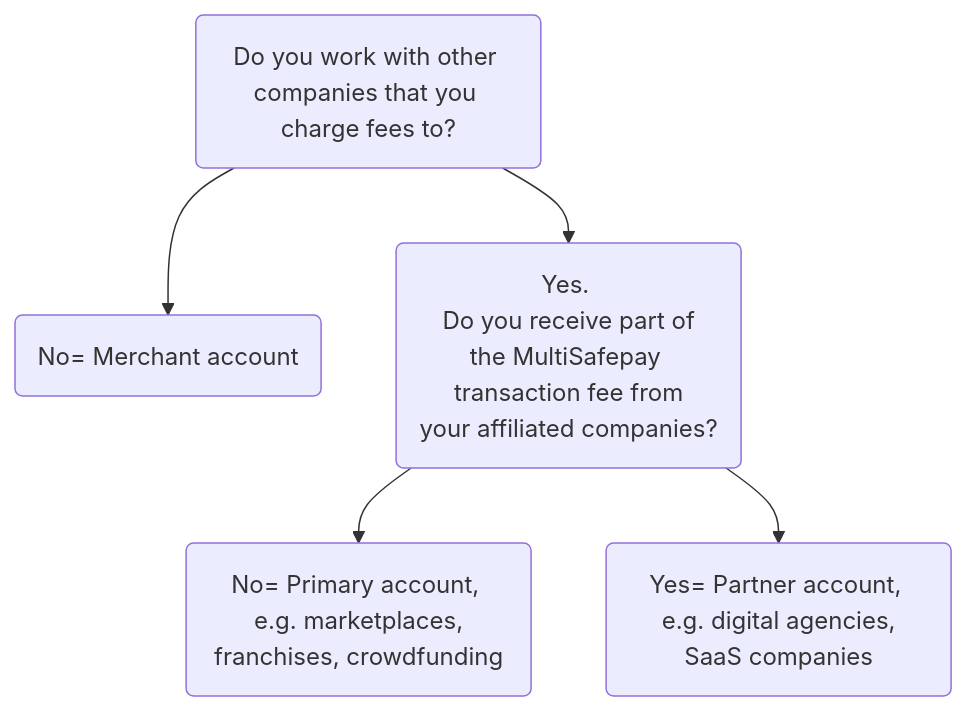
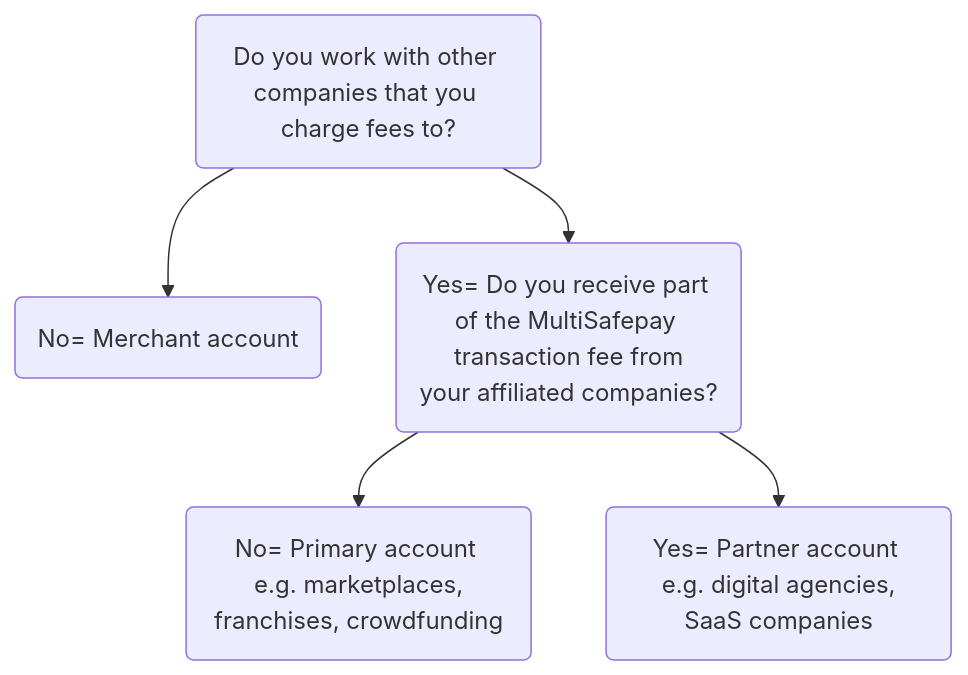
One commit to MultiSafepay/docs changed the diagram in static/diagrams/src/account-types.mmd. Above: the diagram before and after it, drawn with Mermaid. The commit also changed other lines of this file and 2 other files, not shown here.

Commit message:
DOCS-3485: Style flowcharts
DOCS-3485: Style flowcharts

```diff
--- a/static/diagrams/src/account-types.mmd
+++ b/static/diagrams/src/account-types.mmd
@@ -1,6 +1,6 @@
-flowchart TD
-    id1(Do you work with other companies that you charge fees to?)--> id2 & id3
-    id2(No= Merchant account)
-    id3(Yes. <br> Do you receive part of the MultiSafepay <br> transaction fee from your affiliated companies?)--> id4 & id5
-    id4(No= Primary account, <br> e.g. marketplaces, franchises, crowdfunding)
-    id5(Yes= Partner account, <br> e.g. digital agencies, SaaS companies)
+graph TD
+    id1(Do you work with other companies that you charge fees to?)
+    id1--> id2(No= Merchant account)
+    id1 --> id3(Yes= Do you receive part of the MultiSafepay <br> transaction fee from your affiliated companies?)
+    id3--> id4(No= Primary account <br> e.g. marketplaces, franchises, crowdfunding)
+    id3--> id5(Yes= Partner account <br> e.g. digital agencies, SaaS companies)
```
